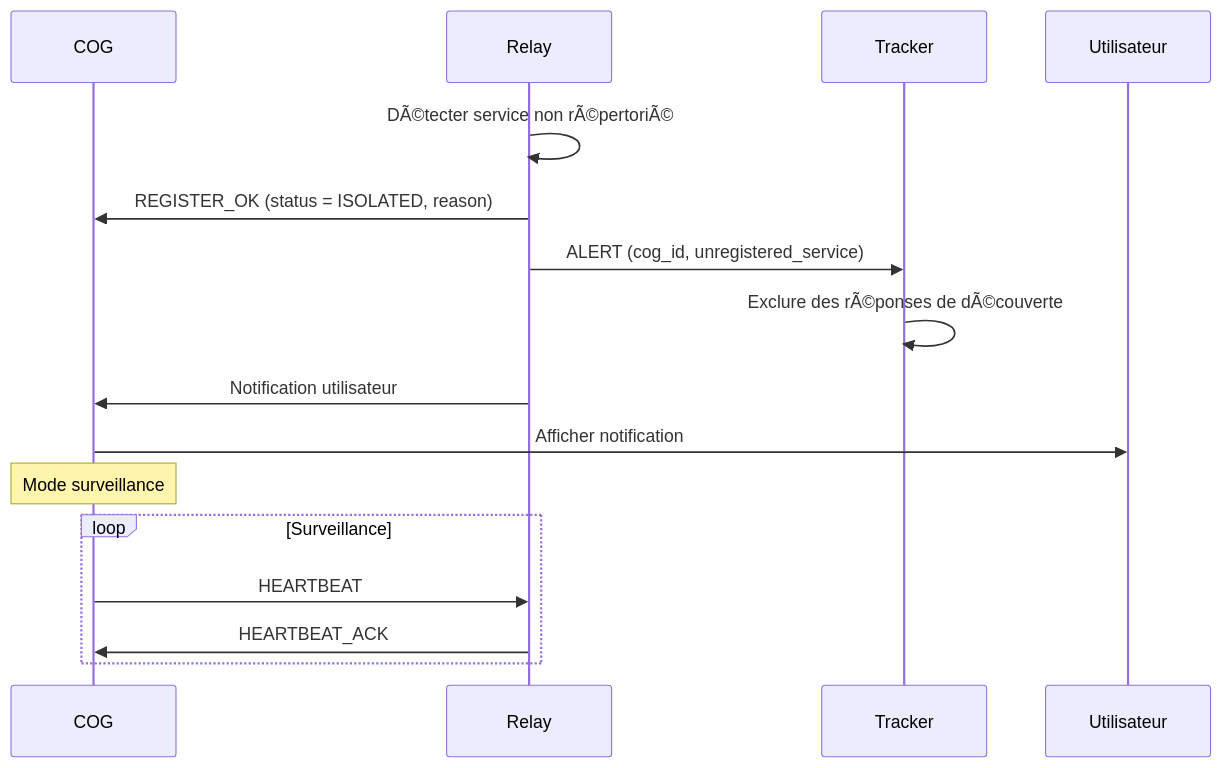
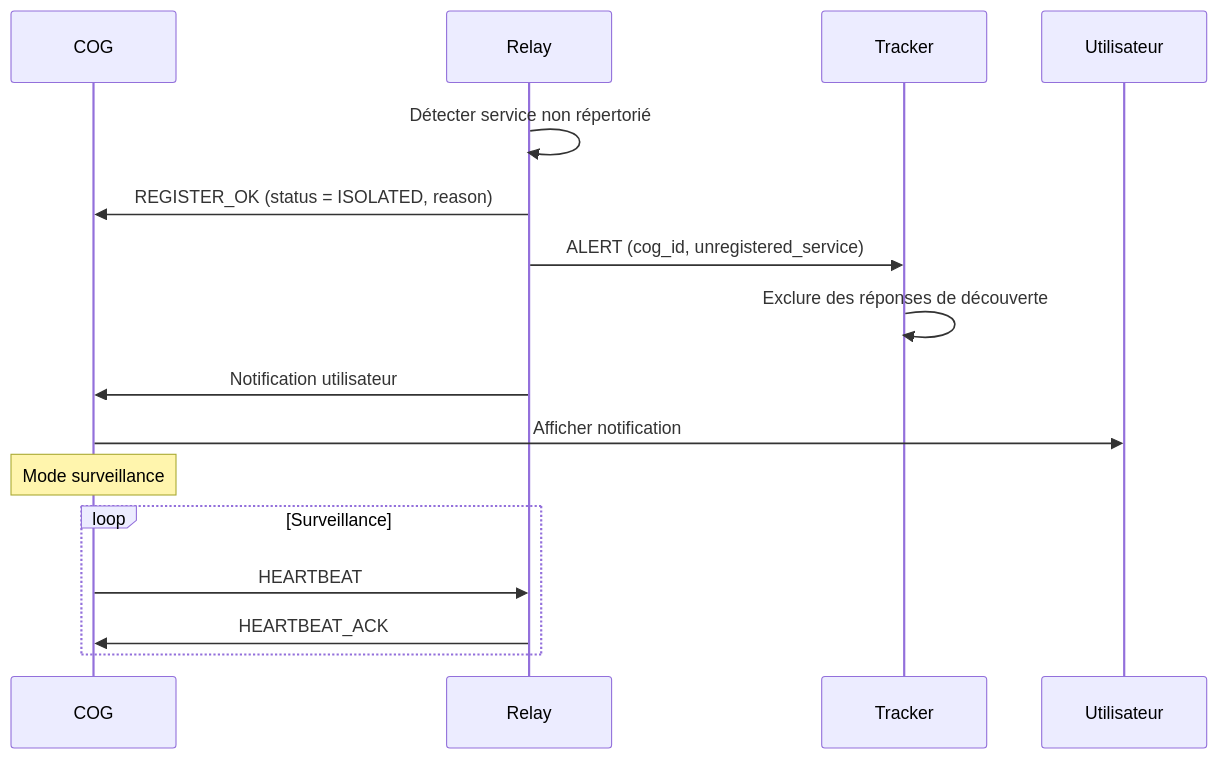
The third of 4 diagrams in docs/miyukini-webway-system/securite/MWS - Registre de Services et Isolation.md (StudioMiyukini/miyukini_cog), drawn with Mermaid before and after one commit. The commit also changed other lines of this file and 564 other files, not shown here.

````diff
--- a/docs/miyukini-webway-system/securite/MWS - Registre de Services et Isolation.md
+++ b/docs/miyukini-webway-system/securite/MWS - Registre de Services et Isolation.md
@@ -187,19 +187,19 @@
 ```mermaid
 sequenceDiagram
     participant COG as COG
     participant R as Relay
     participant T as Tracker
     participant User as Utilisateur
 
-    R->>R: DÃ©tecter service non rÃ©pertoriÃ©
+    R->>R: Détecter service non répertorié
     R->>COG: REGISTER_OK (status = ISOLATED, reason)
     R->>T: ALERT (cog_id, unregistered_service)
-    T->>T: Exclure des rÃ©ponses de dÃ©couverte
+    T->>T: Exclure des réponses de découverte
     R->>COG: Notification utilisateur
     COG->>User: Afficher notification
     Note over COG: Mode surveillance
     loop Surveillance
         COG->>R: HEARTBEAT
         R->>COG: HEARTBEAT_ACK
     end
 ```
````
